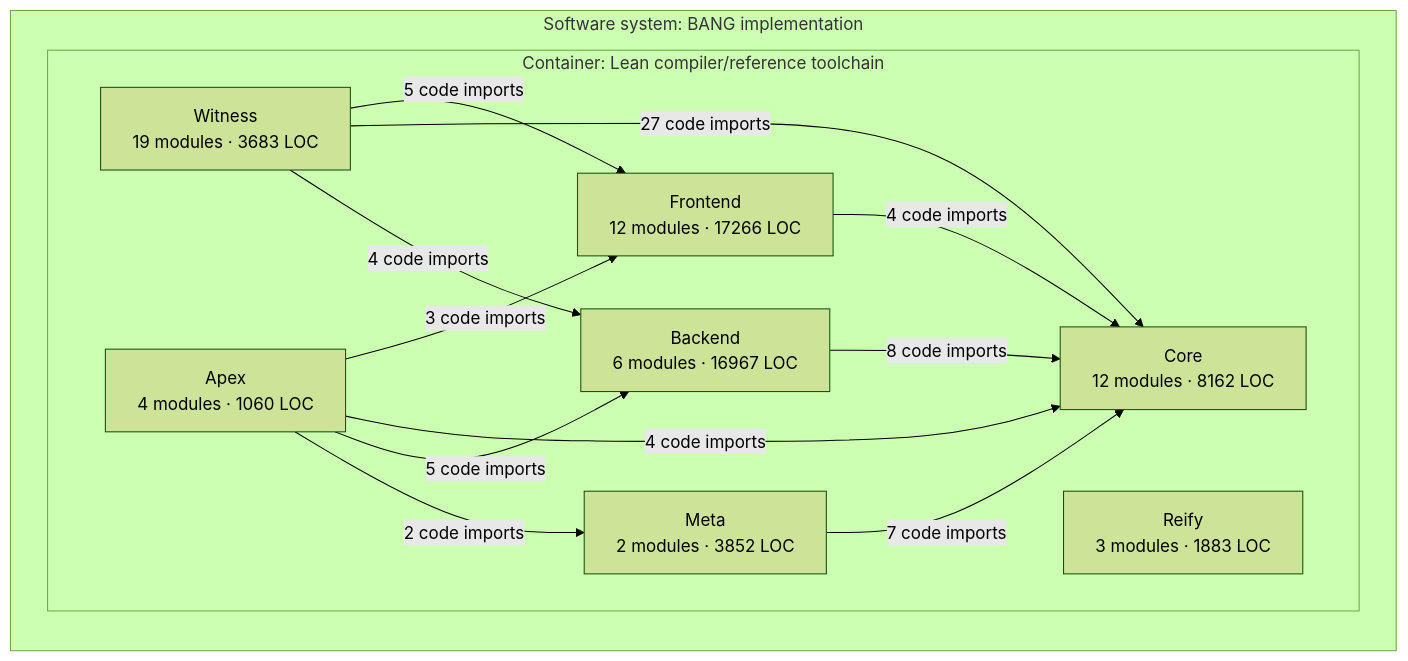
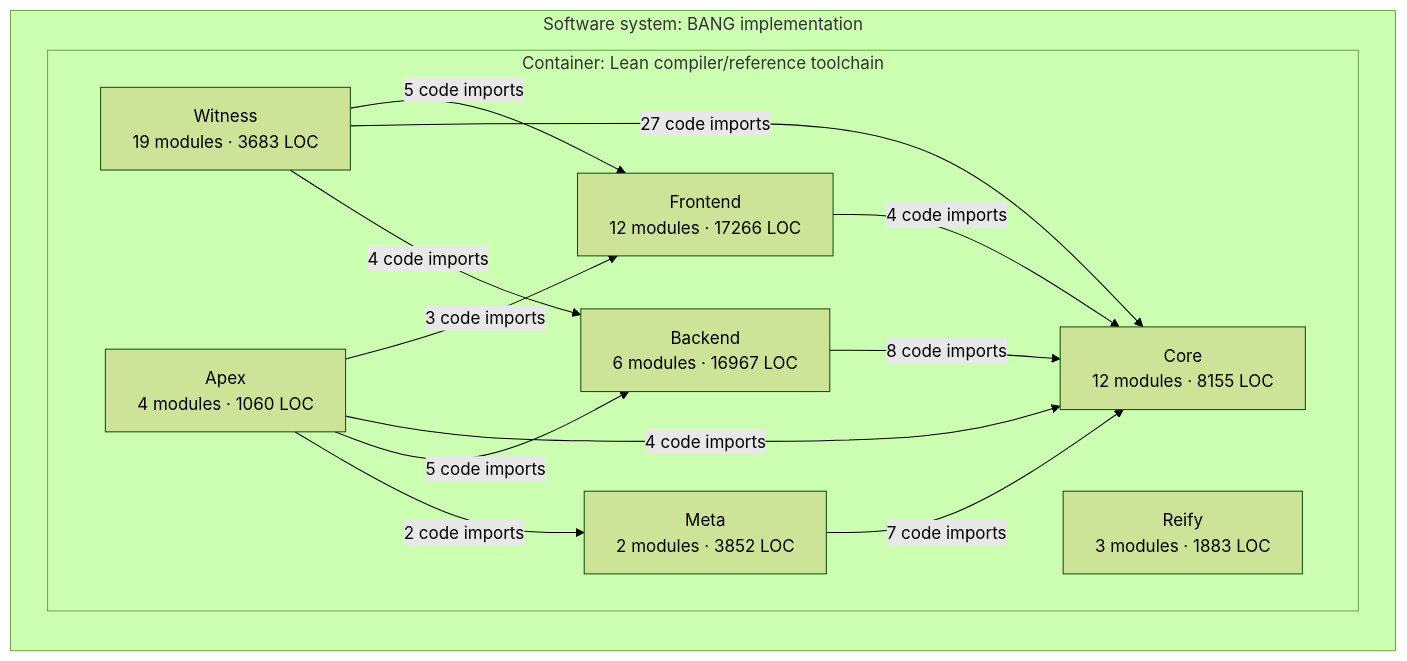
One commit to phibkro/bang changed the third of 3 diagrams in docs/architecture/core-overview.md. Above: the diagram before and after it, drawn with Mermaid (forest theme). The commit also changed other lines of this file and 4 other files, not shown here.

````diff
--- a/docs/architecture/core-overview.md
+++ b/docs/architecture/core-overview.md
@@ -160,24 +160,24 @@
 ```mermaid
 flowchart LR
   subgraph system_BANG["Software system: BANG implementation"]
     subgraph container_Lean_toolchain["Container: Lean compiler/reference toolchain"]
       component_Frontend["Frontend<br/>12 modules · 17266 LOC"]
-      component_Core["Core<br/>12 modules · 8162 LOC"]
+      component_Core["Core<br/>12 modules · 8155 LOC"]
       component_Backend["Backend<br/>6 modules · 16967 LOC"]
       component_Meta["Meta<br/>2 modules · 3852 LOC"]
       component_Witness["Witness<br/>19 modules · 3683 LOC"]
       component_Reify["Reify<br/>3 modules · 1883 LOC"]
       component_Apex["Apex<br/>4 modules · 1060 LOC"]
     end
   end
   component_Frontend -->|4 code imports| component_Core
   component_Backend -->|8 code imports| component_Core
   component_Meta -->|7 code imports| component_Core
   component_Witness -->|5 code imports| component_Frontend
   component_Witness -->|27 code imports| component_Core
   component_Witness -->|4 code imports| component_Backend
   component_Apex -->|3 code imports| component_Frontend
   component_Apex -->|4 code imports| component_Core
   component_Apex -->|5 code imports| component_Backend
   component_Apex -->|2 code imports| component_Meta
 ```
````
